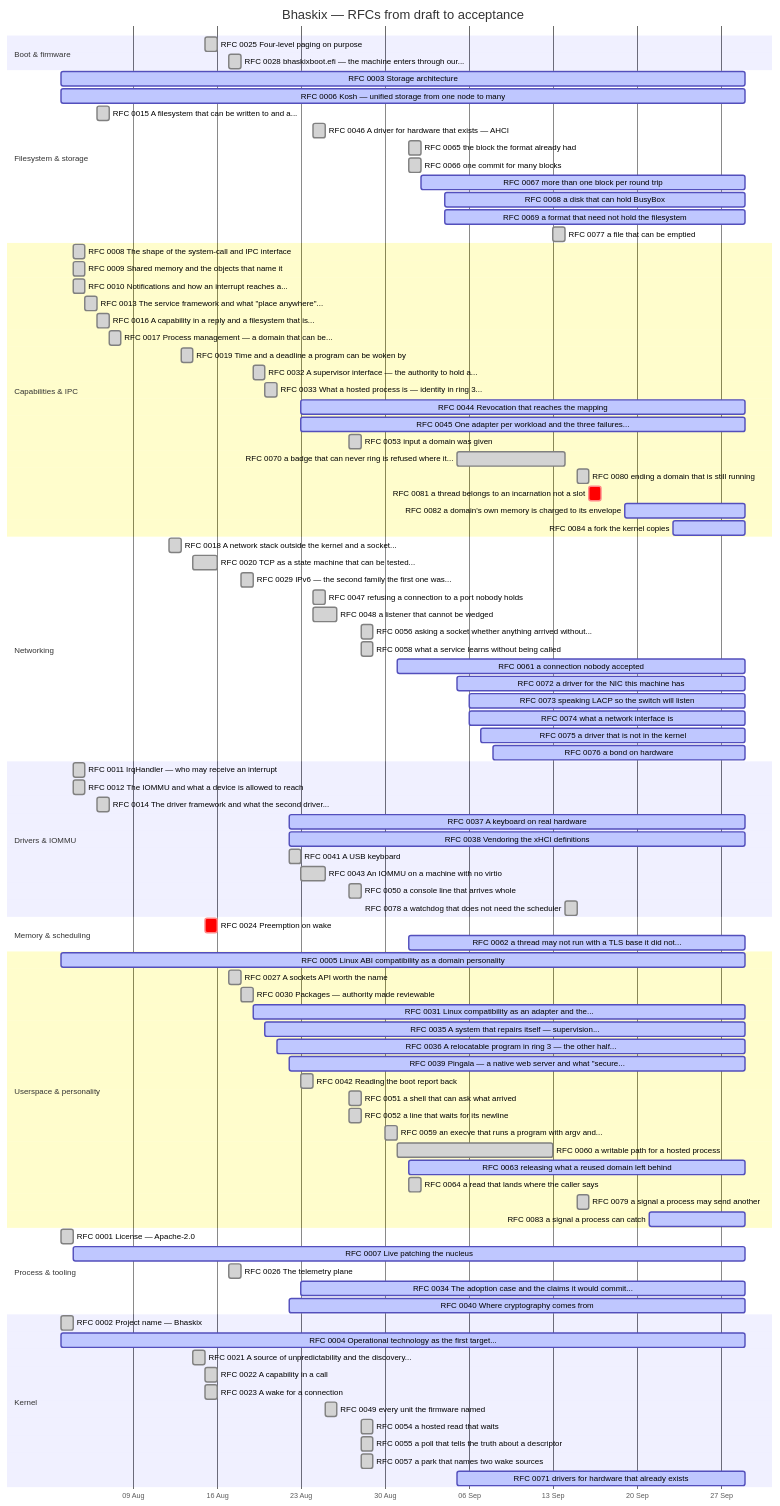
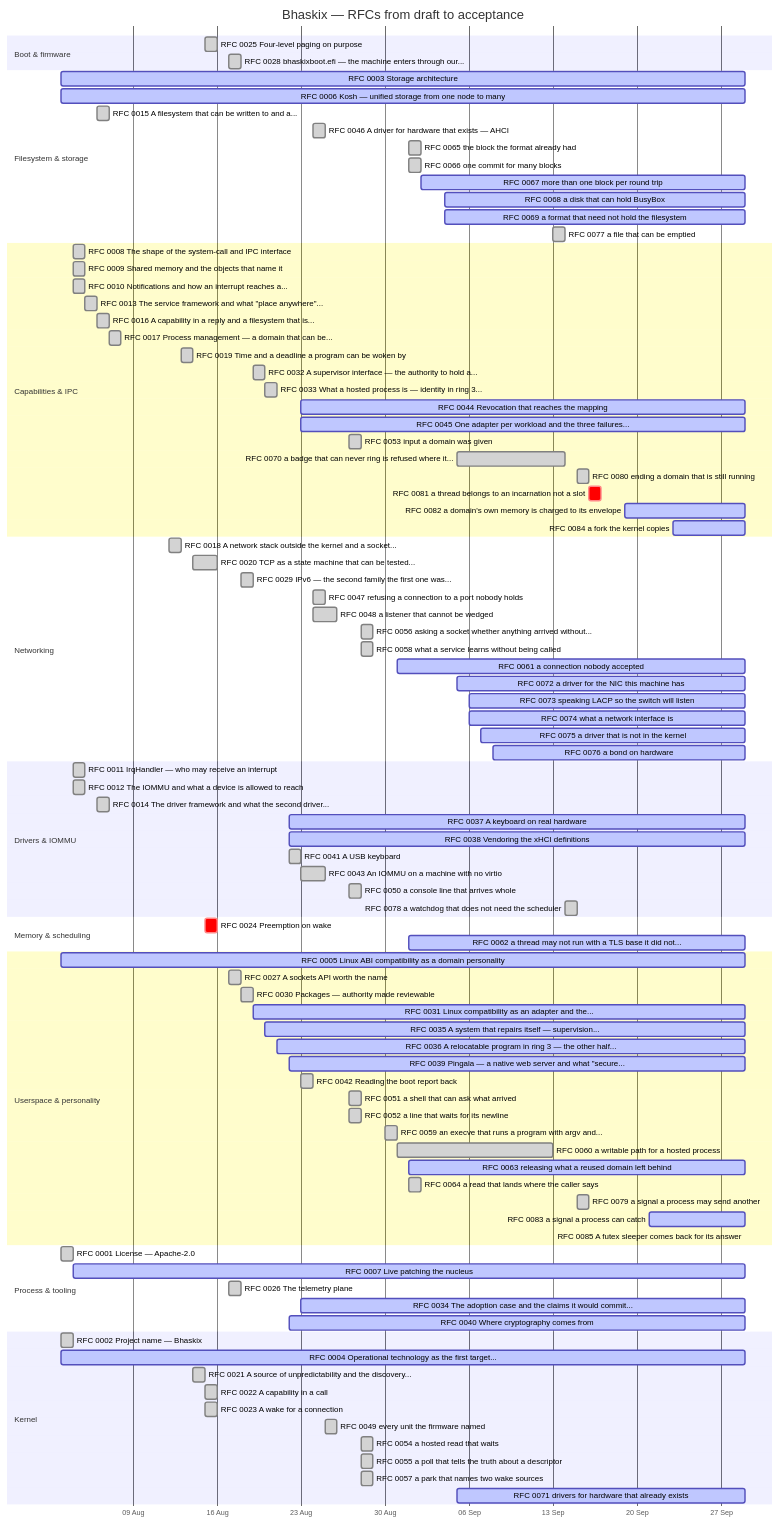
The diagram in docs/progress.md (bhaskix/bhaskix), drawn with Mermaid before and after one commit. The commit also changed other lines of this file and 7 other files, not shown here.

```diff
--- a/docs/progress.md
+++ b/docs/progress.md
@@ -103,6 +103,7 @@
     RFC 0064 a read that lands where the caller says :done, r0064, 2026-09-01, 1d
     RFC 0079 a signal a process may send another :done, r0079, 2026-09-15, 1d
     RFC 0083 a signal a process can catch :active, r0083, 2026-09-21, 2026-09-29
+    RFC 0085 A futex sleeper comes back for its answer :active, r0085, 2026-09-29, 2026-09-29
     section Process & tooling
     RFC 0001 License — Apache-2.0 :done, r0001, 2026-08-03, 1d
     RFC 0007 Live patching the nucleus :active, r0007, 2026-08-04, 2026-09-29
```
